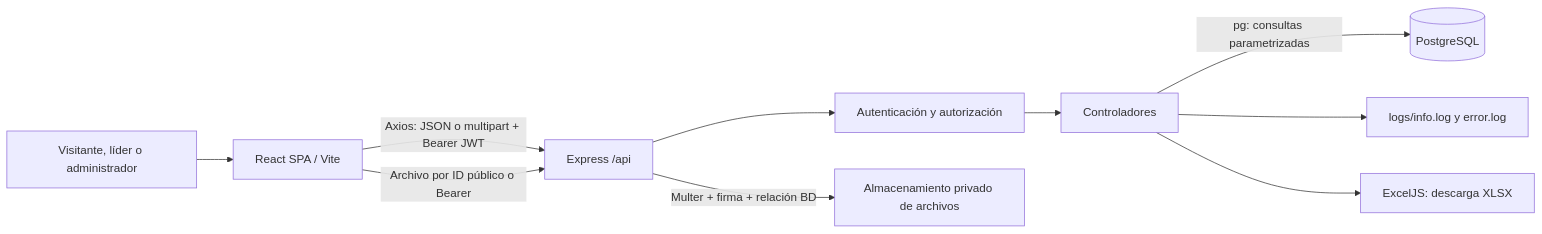
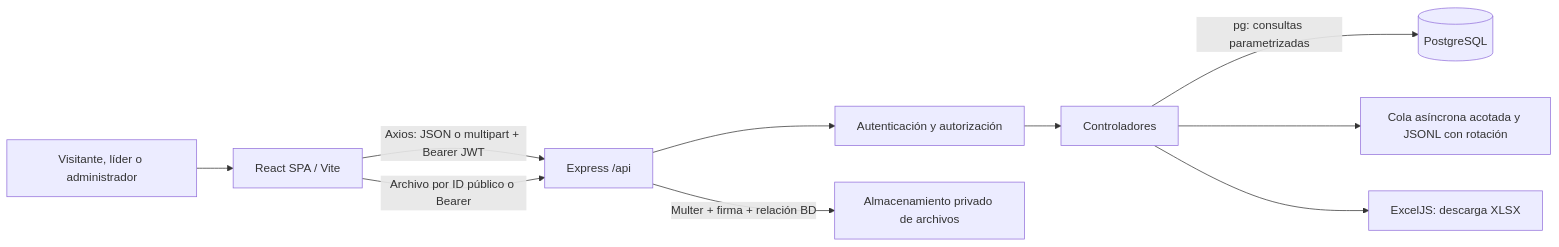
One commit to oscarprada/ecoamigos-web changed the first of 2 diagrams in docs/02-ARQUITECTURA.md. Above: the diagram before and after it, drawn with Mermaid. The commit also changed other lines of this file and 17 other files, not shown here.

````diff
--- a/docs/02-ARQUITECTURA.md
+++ b/docs/02-ARQUITECTURA.md
@@ -7,12 +7,12 @@
 ```mermaid
 flowchart LR
   U[Visitante, líder o administrador] --> F[React SPA / Vite]
   F -->|Axios: JSON o multipart + Bearer JWT| B[Express /api]
   B --> A[Autenticación y autorización]
   A --> C[Controladores]
   C -->|pg: consultas parametrizadas| D[(PostgreSQL)]
   B -->|Multer + firma + relación BD| UP[Almacenamiento privado de archivos]
   F -->|Archivo por ID público o Bearer| B
-  C --> L[logs/info.log y error.log]
+  C --> L[Cola asíncrona acotada y JSONL con rotación]
   C --> X[ExcelJS: descarga XLSX]
 ```
````
